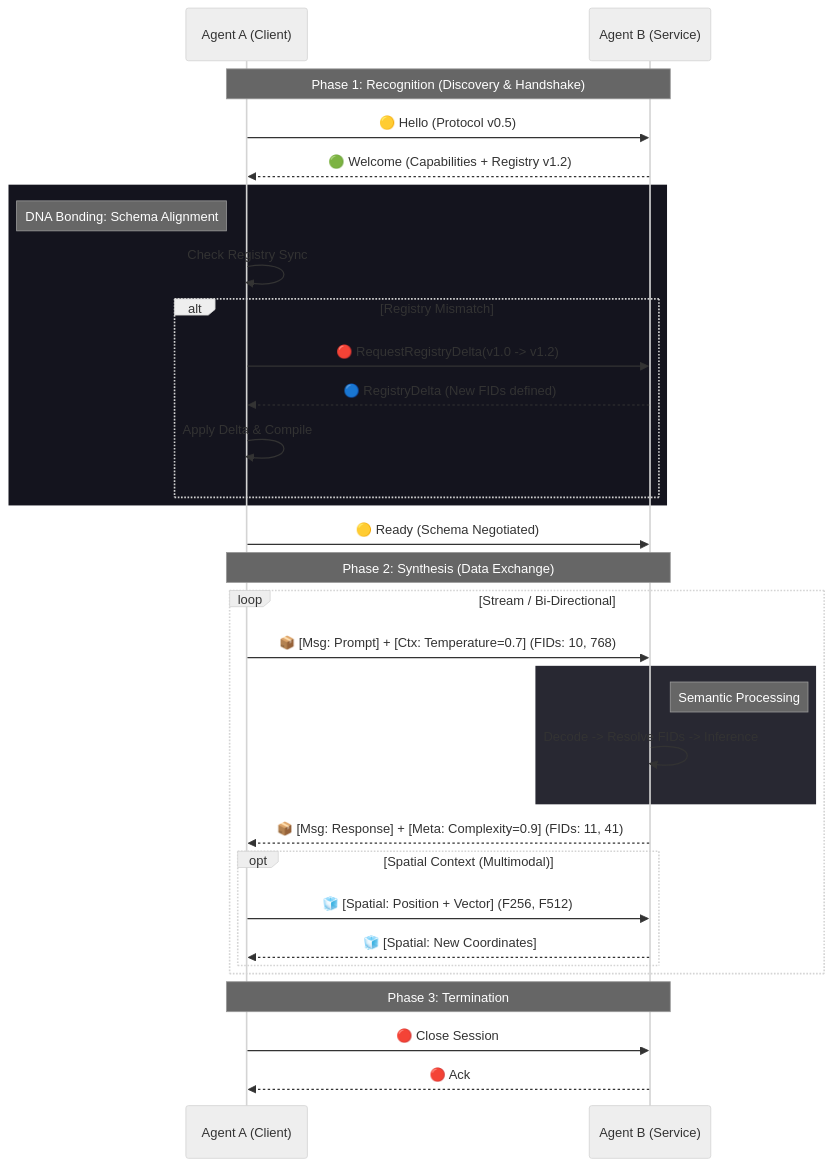
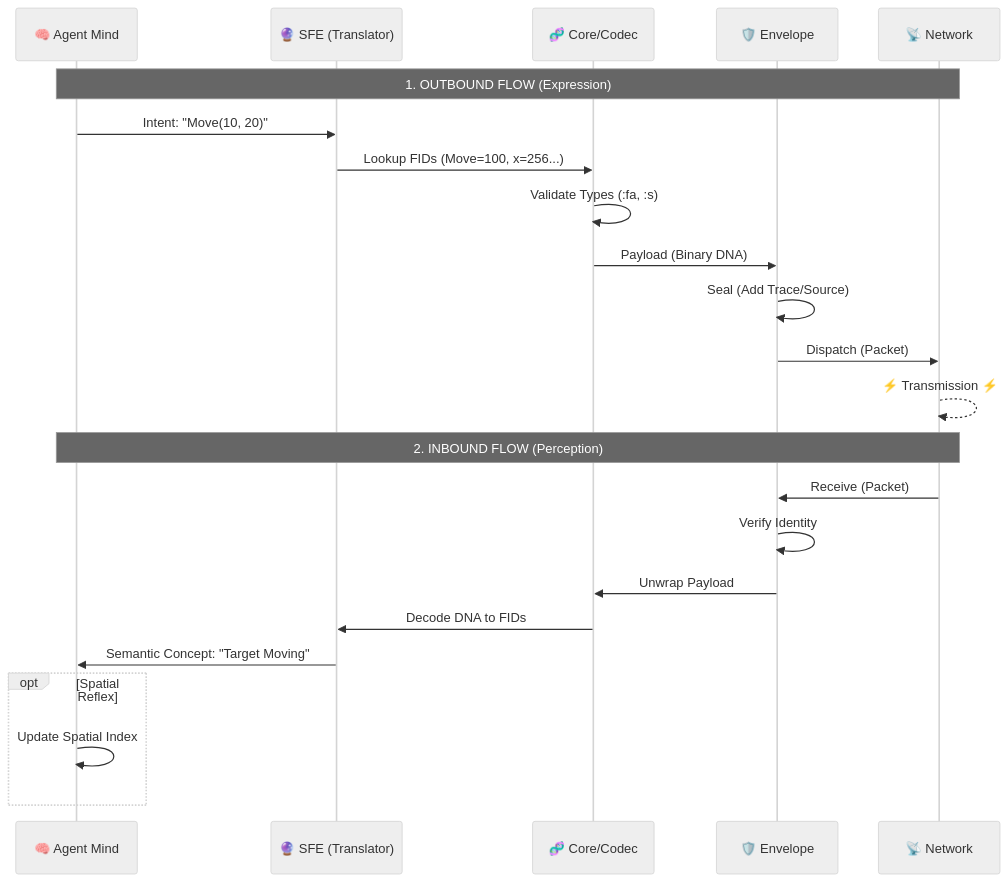
One commit to lnmplang/lnmp-protocol changed the second of 3 diagrams in spec/architecture-and-flow.md. Above: the diagram before and after it, drawn with Mermaid (neutral theme). The commit also changed other lines of this file, not shown here.

Commit message:
feat: Revise architecture documentation to enhance clarity and detail on LNMP protocol structure and data flow

````diff
--- a/spec/architecture-and-flow.md
+++ b/spec/architecture-and-flow.md
@@ -50,45 +82,32 @@
 ```mermaid
 sequenceDiagram
-    participant A as Agent A (Client)
-    participant B as Agent B (Service)
+    participant Mind as 🧠 Agent Mind
+    participant SFE as 🔮 SFE (Translator)
+    participant Core as 🧬 Core/Codec
+    participant Env as 🛡️ Envelope
+    participant Net as 📡 Network
+
+    %% Sending
+    Note over Mind, Net: 1. OUTBOUND FLOW (Expression)
+    Mind->>SFE: Intent: "Move(10, 20)"
+    SFE->>Core: Lookup FIDs (Move=100, x=256...)
+    Core->>Core: Validate Types (:fa, :s)
+    Core->>Env: Payload (Binary DNA)
+    Env->>Env: Seal (Add Trace/Source)
+    Env->>Net: Dispatch (Packet)
+
+    %% Network Transit
+    Net-->>Net: ⚡ Transmission ⚡
+
+    %% Receiving
+    Note over Mind, Net: 2. INBOUND FLOW (Perception)
+    Net->>Env: Receive (Packet)
+    Env->>Env: Verify Identity
+    Env->>Core: Unwrap Payload
+    Core->>SFE: Decode DNA to FIDs
+    SFE->>Mind: Semantic Concept: "Target Moving"
     
-    Note over A,B: Phase 1: Recognition (Discovery & Handshake)
-    
-    A->>B: 🟡 Hello (Protocol v0.5)
-    B-->>A: 🟢 Welcome (Capabilities + Registry v1.2)
-    
-    rect rgb(20, 20, 30)
-        Note left of A: DNA Bonding: Schema Alignment
-        A->>A: Check Registry Sync
-        alt Registry Mismatch
-            A->>B: 🔴 RequestRegistryDelta(v1.0 -> v1.2)
-            B-->>A: 🔵 RegistryDelta (New FIDs defined)
-            A->>A: Apply Delta & Compile
-        end
+    opt Spatial Reflex
+        Mind->>Mind: Update Spatial Index
     end
-    
-    A->>B: 🟡 Ready (Schema Negotiated)
-    
-    Note over A,B: Phase 2: Synthesis (Data Exchange)
-    
-    loop Stream / Bi-Directional
-        A->>B: 📦 [Msg: Prompt] + [Ctx: Temperature=0.7] (FIDs: 10, 768)
-        
-        rect rgb(40, 40, 50)
-            Note right of B: Semantic Processing
-            B->>B: Decode -> Resolve FIDs -> Inference
-        end
-        
-        B-->>A: 📦 [Msg: Response] + [Meta: Complexity=0.9] (FIDs: 11, 41)
-        
-        opt Spatial Context (Multimodal)
-            A->>B: 🧊 [Spatial: Position + Vector] (F256, F512)
-            B-->>A: 🧊 [Spatial: New Coordinates]
-        end
-    end
-    
-    Note over A,B: Phase 3: Termination
-    
-    A->>B: 🔴 Close Session
-    B-->>A: 🔴 Ack
 ```
````
